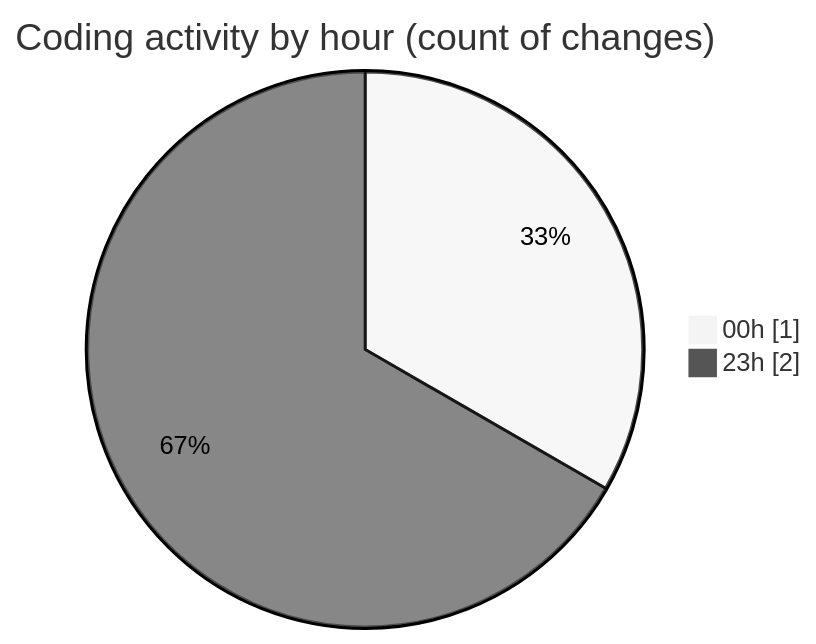
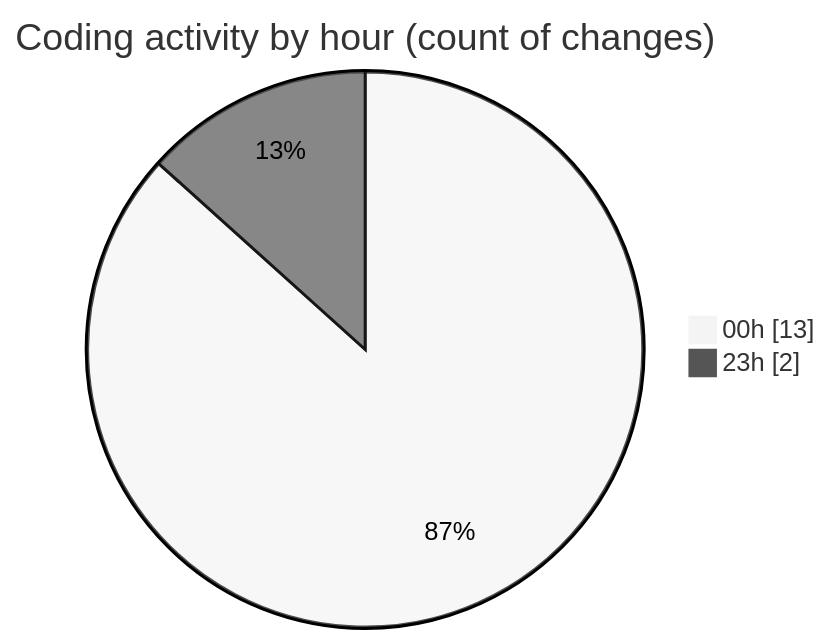
The second of 2 diagrams in 2025-08-19/rentotp/README.md (lephambinh05/code-tracking), drawn with Mermaid (neutral theme) before and after one commit. The commit also changed other lines of this file and 1 other file, not shown here.

````diff
--- a/2025-08-19/rentotp/README.md
+++ b/2025-08-19/rentotp/README.md
@@ -28,6 +31,6 @@
 ```mermaid
 pie showData
 title Coding activity by hour (count of changes)
-"00h" : 1
+"00h" : 13
 "23h" : 2
 ```
````
